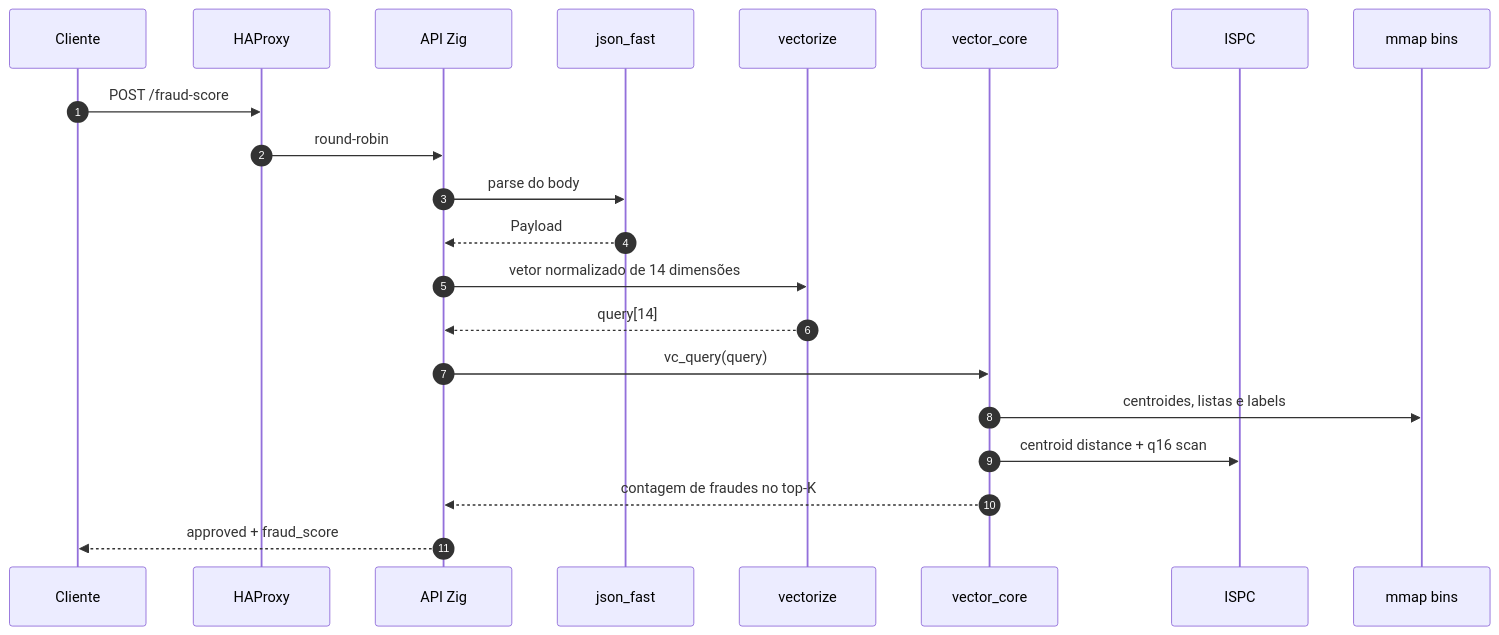
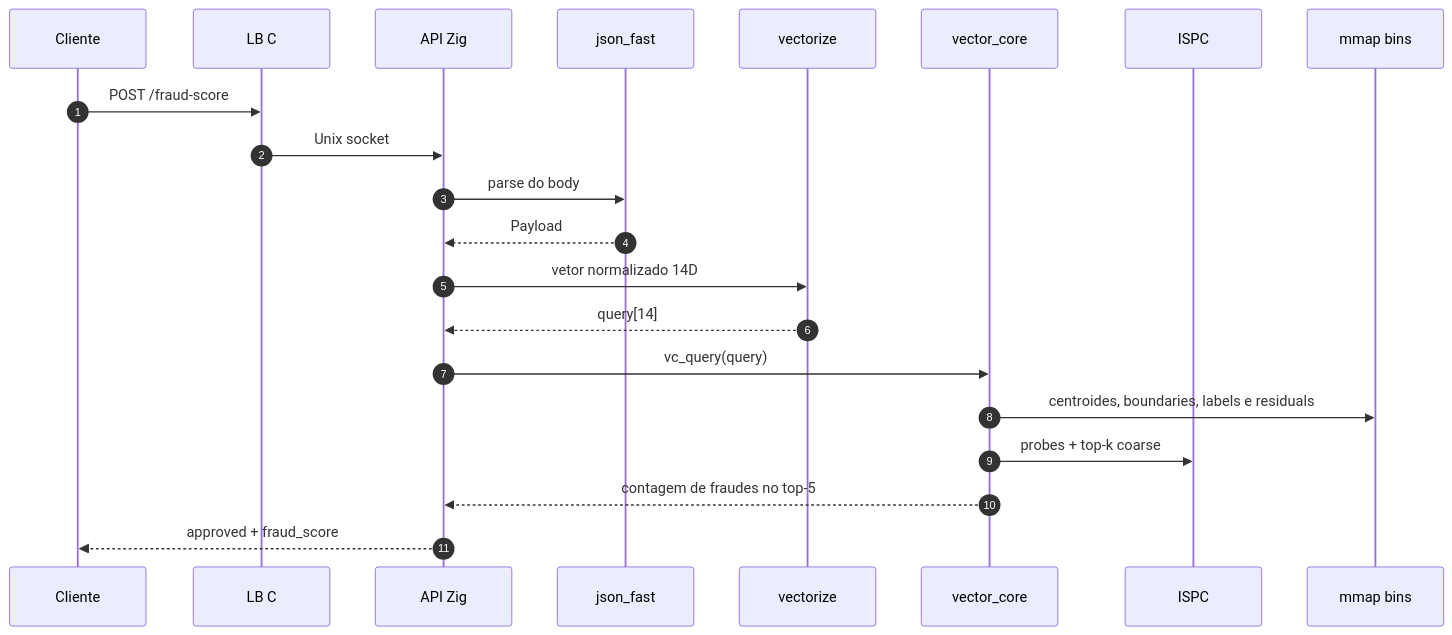
The second of 5 diagrams in docs/tecnica.md (cleissonbarbosa/rinha-backend-2026-ispc), drawn with Mermaid before and after one commit. The commit also changed other lines of this file and 15 other files, not shown here.

````diff
--- a/docs/tecnica.md
+++ b/docs/tecnica.md
@@ -21,24 +23,24 @@
 ```mermaid
 sequenceDiagram
   autonumber
   participant C as Cliente
-  participant H as HAProxy
+  participant L as LB C
   participant A as API Zig
   participant J as json_fast
   participant V as vectorize
   participant X as vector_core
   participant I as ISPC
   participant D as mmap bins
 
-  C->>H: POST /fraud-score
-  H->>A: round-robin
+  C->>L: POST /fraud-score
+  L->>A: Unix socket
   A->>J: parse do body
   J-->>A: Payload
-  A->>V: vetor normalizado de 14 dimensões
+  A->>V: vetor normalizado 14D
   V-->>A: query[14]
   A->>X: vc_query(query)
-  X->>D: centroides, listas e labels
-  X->>I: centroid distance + q16 scan
-  X-->>A: contagem de fraudes no top-K
+  X->>D: centroides, boundaries, labels e residuals
+  X->>I: probes + top-k coarse
+  X-->>A: contagem de fraudes no top-5
   A-->>C: approved + fraud_score
 ```
````
